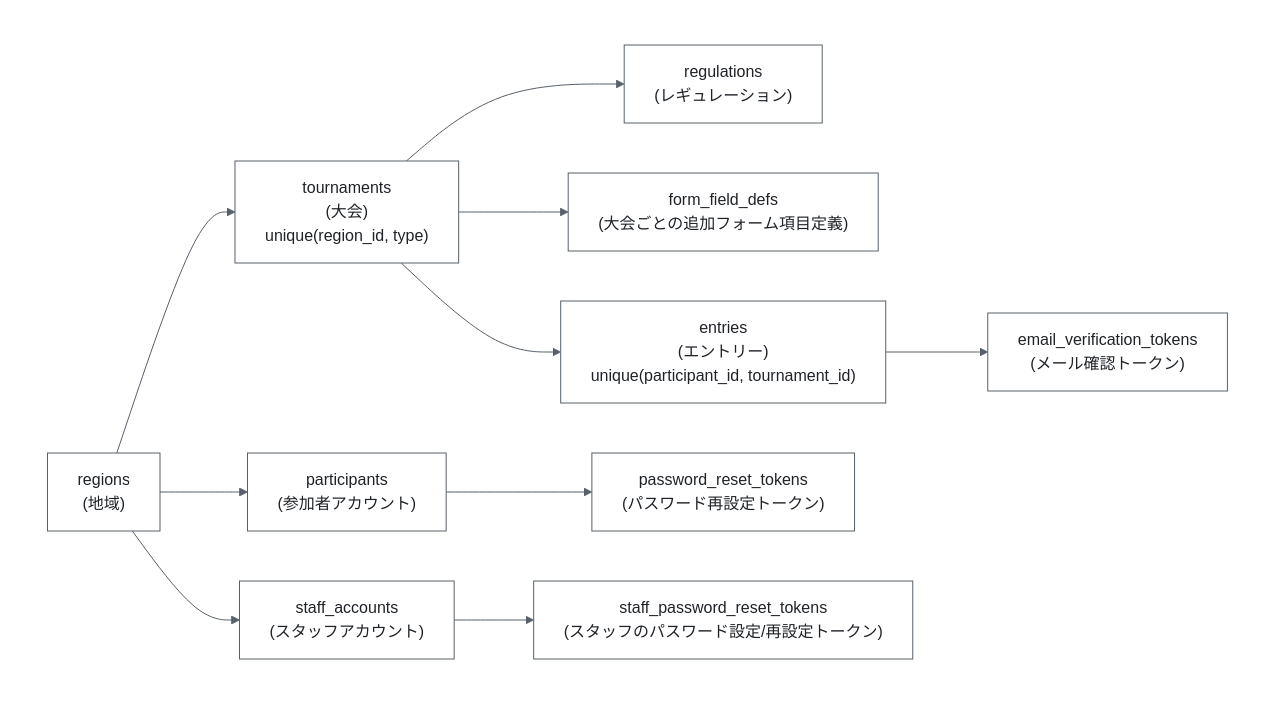
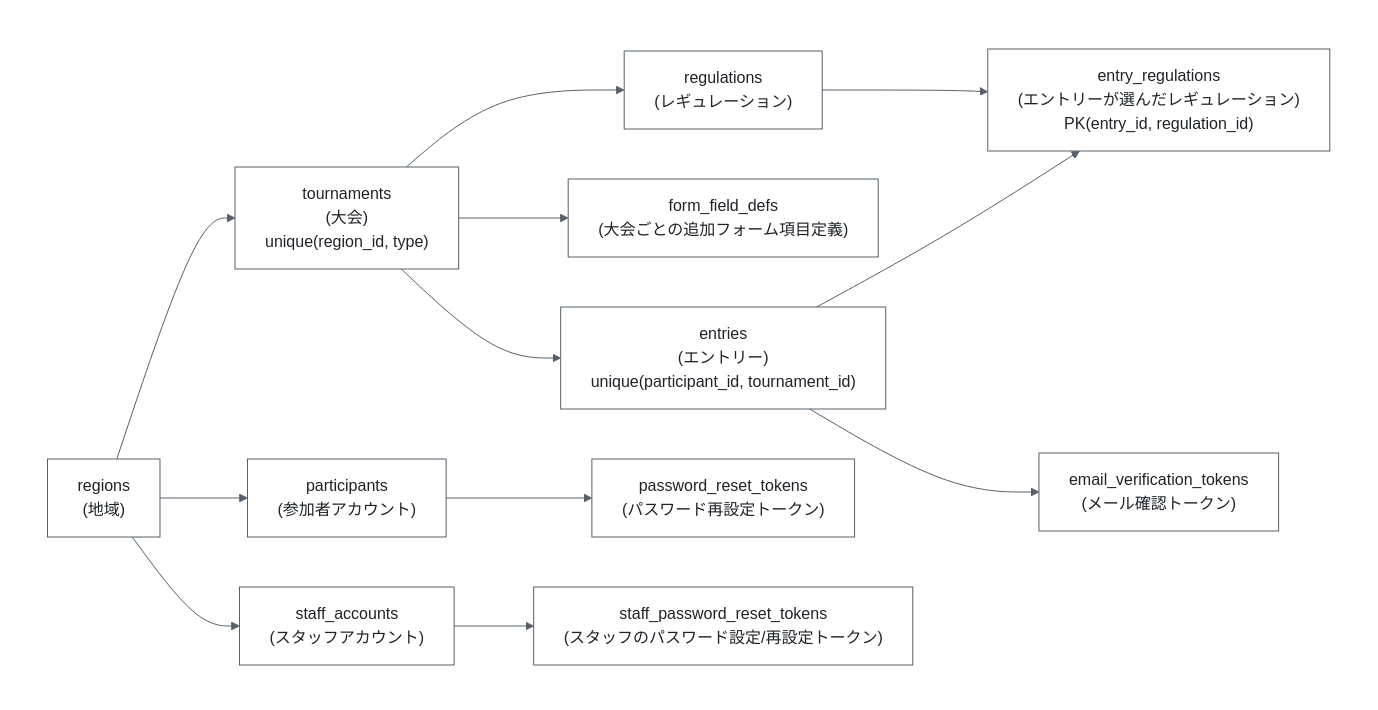
Before and after one commit to m-uesaka/regional-quiz-entry-form: the first of 2 diagrams in docs/database-schema.md, drawn with Mermaid. The commit also changed other lines of this file and 42 other files, not shown here.

````diff
--- a/docs/database-schema.md
+++ b/docs/database-schema.md
@@ -12,29 +12,32 @@
 ```mermaid
 %%{init: {'theme':'base','flowchart':{'wrappingWidth':400},'themeVariables':{'background':'#ffffff','mainBkg':'#ffffff','primaryColor':'#ffffff','primaryTextColor':'#1f2328','primaryBorderColor':'#57606a','secondaryColor':'#ffffff','tertiaryColor':'#ffffff','lineColor':'#57606a','textColor':'#1f2328','edgeLabelBackground':'#ffffff','clusterBkg':'#ffffff','clusterBorder':'#ffffff'}}}%%
 flowchart LR
   %% ダーク表示でも背景を白に固定するため、図全体を白塗りの subgraph で包んでいる
   subgraph bg[" "]
   direction LR
   regions["regions<br>(地域)"]
   tournaments["tournaments<br>(大会)<br>unique(region_id, type)"]
   regulations["regulations<br>(レギュレーション)"]
   form_field_defs["form_field_defs<br>(大会ごとの追加フォーム項目定義)"]
   entries["entries<br>(エントリー)<br>unique(participant_id, tournament_id)"]
+  entry_regulations["entry_regulations<br>(エントリーが選んだレギュレーション)<br>PK(entry_id, regulation_id)"]
   email_verification_tokens["email_verification_tokens<br>(メール確認トークン)"]
   participants["participants<br>(参加者アカウント)"]
   password_reset_tokens["password_reset_tokens<br>(パスワード再設定トークン)"]
   staff_accounts["staff_accounts<br>(スタッフアカウント)"]
   staff_password_reset_tokens["staff_password_reset_tokens<br>(スタッフのパスワード設定/再設定トークン)"]
 
   regions --> tournaments
   regions --> participants
   regions --> staff_accounts
   tournaments --> regulations
   tournaments --> form_field_defs
   tournaments --> entries
+  entries --> entry_regulations
+  regulations --> entry_regulations
   entries --> email_verification_tokens
   participants --> password_reset_tokens
   staff_accounts --> staff_password_reset_tokens
   end
   style bg fill:#ffffff,stroke:#ffffff
 ```
````
